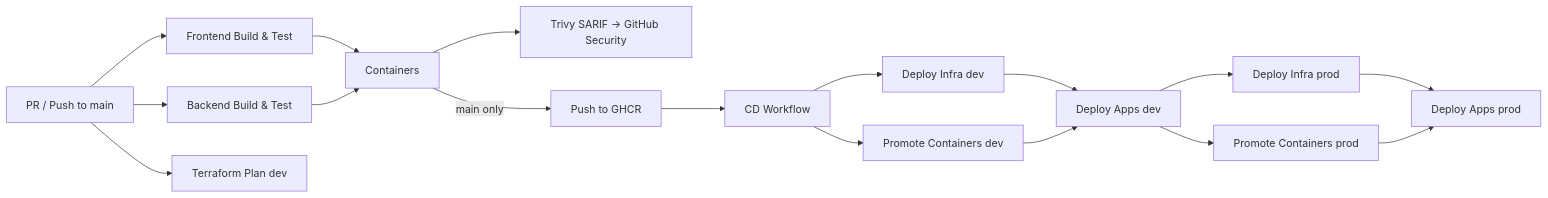
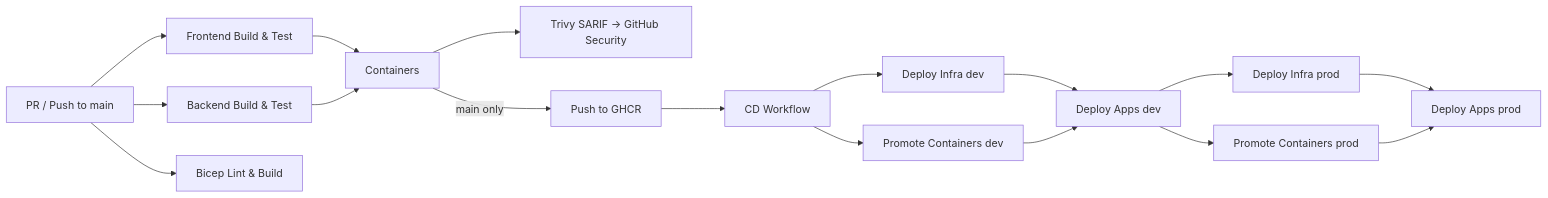
One commit to christopherhouse/Azure-Integration-Copilot changed the second of 2 diagrams in README.md. Above: the diagram before and after it, drawn with Mermaid. The commit also changed other lines of this file and 93 other files, not shown here.

First line of the commit message:
Replace Terraform with Bicep: add Bicep modules, update CI/CD, remove TF, update docs

````diff
--- a/README.md
+++ b/README.md
@@ -242,20 +244,20 @@
 ```mermaid
 flowchart LR
     A[PR / Push to main] --> B[Frontend Build & Test]
     A --> C[Backend Build & Test]
-    A --> D[Terraform Plan dev]
+    A --> D[Bicep Lint & Build]
     B --> E[Containers]
     C --> E
     E --> F[Trivy SARIF → GitHub Security]
     E -->|main only| G[Push to GHCR]
 
     G --> CD[CD Workflow]
     CD --> I1[Deploy Infra dev]
     CD --> I2[Promote Containers dev]
     I1 --> I3[Deploy Apps dev]
     I2 --> I3
     I3 --> I4[Deploy Infra prod]
     I3 --> I5[Promote Containers prod]
     I4 --> I6[Deploy Apps prod]
     I5 --> I6
 ```
````
